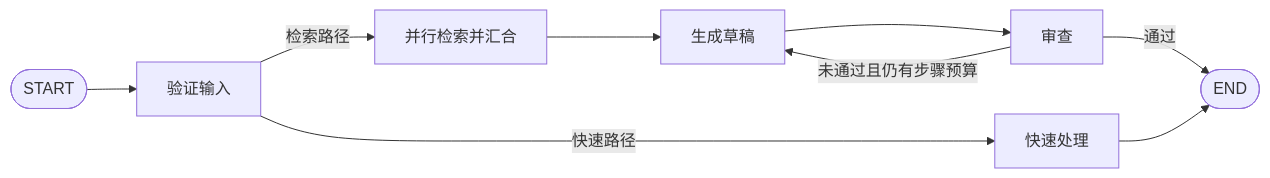
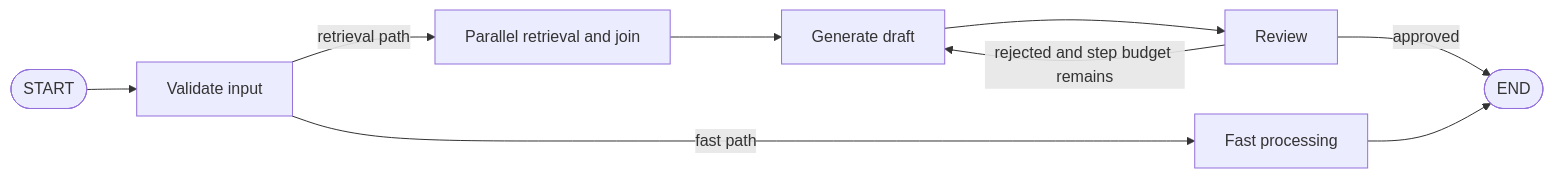
The diagram in workflow/README.md (kart-io/goagent), drawn with Mermaid before and after one commit. The commit also changed other lines of this file and 52 other files, not shown here.

````diff
--- a/workflow/README.md
+++ b/workflow/README.md
@@ -106,11 +108,11 @@
 ```mermaid
 flowchart LR
-    start([START]) --> validate[验证输入]
-    validate -->|快速路径| fast[快速处理]
-    validate -->|检索路径| retrieve[并行检索并汇合]
-    retrieve --> draft[生成草稿]
-    draft --> review[审查]
-    review -->|未通过且仍有步骤预算| draft
-    review -->|通过| finish([END])
+    start([START]) --> validate[Validate input]
+    validate -->|fast path| fast[Fast processing]
+    validate -->|retrieval path| retrieve[Parallel retrieval and join]
+    retrieve --> draft[Generate draft]
+    draft --> review[Review]
+    review -->|rejected and step budget remains| draft
+    review -->|approved| finish([END])
     fast --> finish
 ```
````
